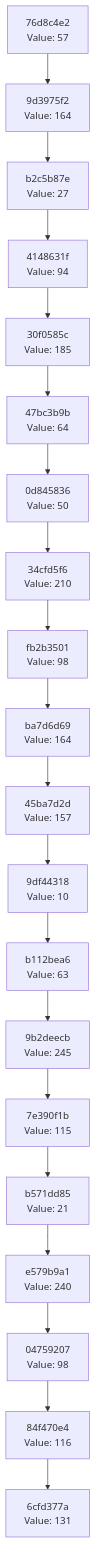
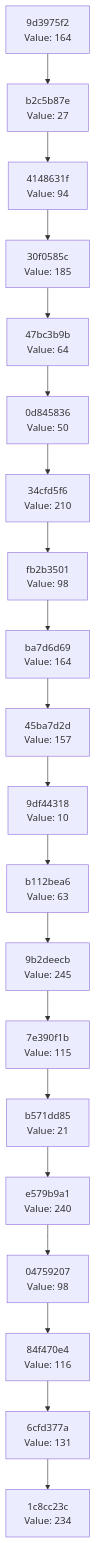
Before and after one commit to Abhisheksinha1506/hash-chain-evolver: the diagram in docs/CHAIN_VISUALIZATION.md, drawn with Mermaid. The commit also changed 3 other files, not shown here.

````diff
--- a/docs/CHAIN_VISUALIZATION.md
+++ b/docs/CHAIN_VISUALIZATION.md
@@ -3,42 +3,42 @@
 ```mermaid
 graph TD
-    C0["6cfd377a<br/>Value: 131"]
-    C1["84f470e4<br/>Value: 116"]
+    C0["1c8cc23c<br/>Value: 234"]
+    C1["6cfd377a<br/>Value: 131"]
     C1 --> C0
-    C2["04759207<br/>Value: 98"]
+    C2["84f470e4<br/>Value: 116"]
     C2 --> C1
-    C3["e579b9a1<br/>Value: 240"]
+    C3["04759207<br/>Value: 98"]
     C3 --> C2
-    C4["b571dd85<br/>Value: 21"]
+    C4["e579b9a1<br/>Value: 240"]
     C4 --> C3
-    C5["7e390f1b<br/>Value: 115"]
+    C5["b571dd85<br/>Value: 21"]
     C5 --> C4
-    C6["9b2deecb<br/>Value: 245"]
+    C6["7e390f1b<br/>Value: 115"]
     C6 --> C5
-    C7["b112bea6<br/>Value: 63"]
+    C7["9b2deecb<br/>Value: 245"]
     C7 --> C6
-    C8["9df44318<br/>Value: 10"]
+    C8["b112bea6<br/>Value: 63"]
     C8 --> C7
-    C9["45ba7d2d<br/>Value: 157"]
+    C9["9df44318<br/>Value: 10"]
     C9 --> C8
-    C10["ba7d6d69<br/>Value: 164"]
+    C10["45ba7d2d<br/>Value: 157"]
     C10 --> C9
-    C11["fb2b3501<br/>Value: 98"]
+    C11["ba7d6d69<br/>Value: 164"]
     C11 --> C10
-    C12["34cfd5f6<br/>Value: 210"]
+    C12["fb2b3501<br/>Value: 98"]
     C12 --> C11
-    C13["0d845836<br/>Value: 50"]
+    C13["34cfd5f6<br/>Value: 210"]
     C13 --> C12
-    C14["47bc3b9b<br/>Value: 64"]
+    C14["0d845836<br/>Value: 50"]
     C14 --> C13
-    C15["30f0585c<br/>Value: 185"]
+    C15["47bc3b9b<br/>Value: 64"]
     C15 --> C14
-    C16["4148631f<br/>Value: 94"]
+    C16["30f0585c<br/>Value: 185"]
     C16 --> C15
-    C17["b2c5b87e<br/>Value: 27"]
+    C17["4148631f<br/>Value: 94"]
     C17 --> C16
-    C18["9d3975f2<br/>Value: 164"]
+    C18["b2c5b87e<br/>Value: 27"]
     C18 --> C17
-    C19["76d8c4e2<br/>Value: 57"]
+    C19["9d3975f2<br/>Value: 164"]
     C19 --> C18
 ```
````
